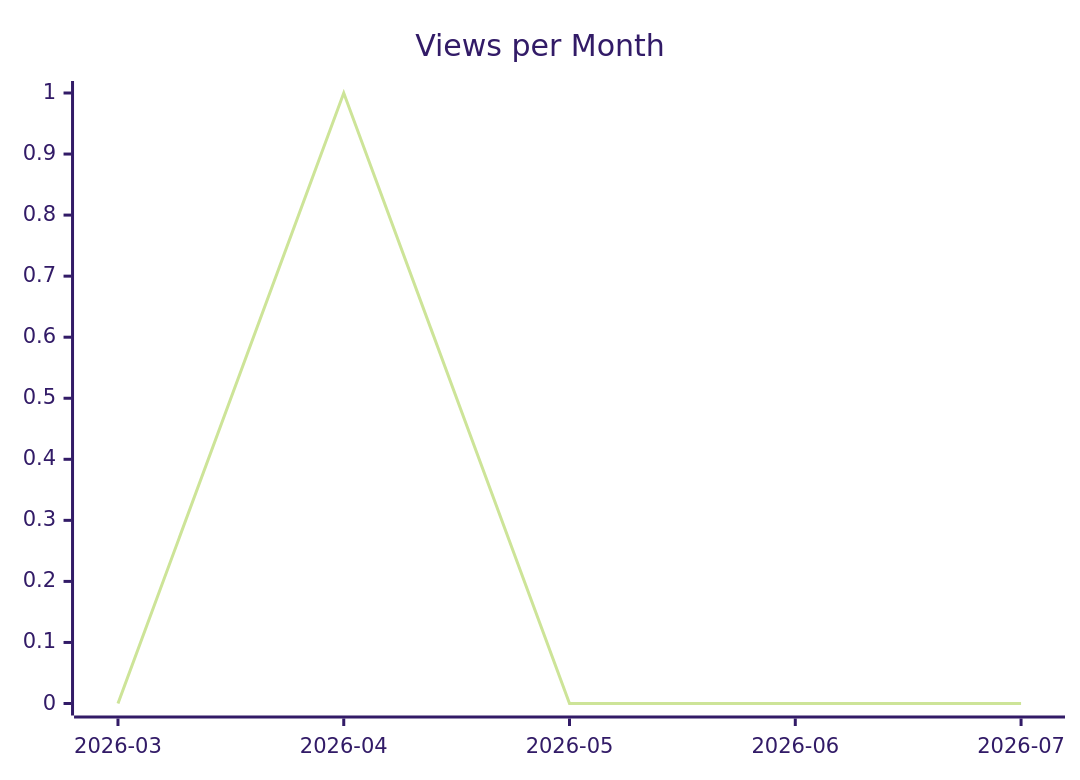
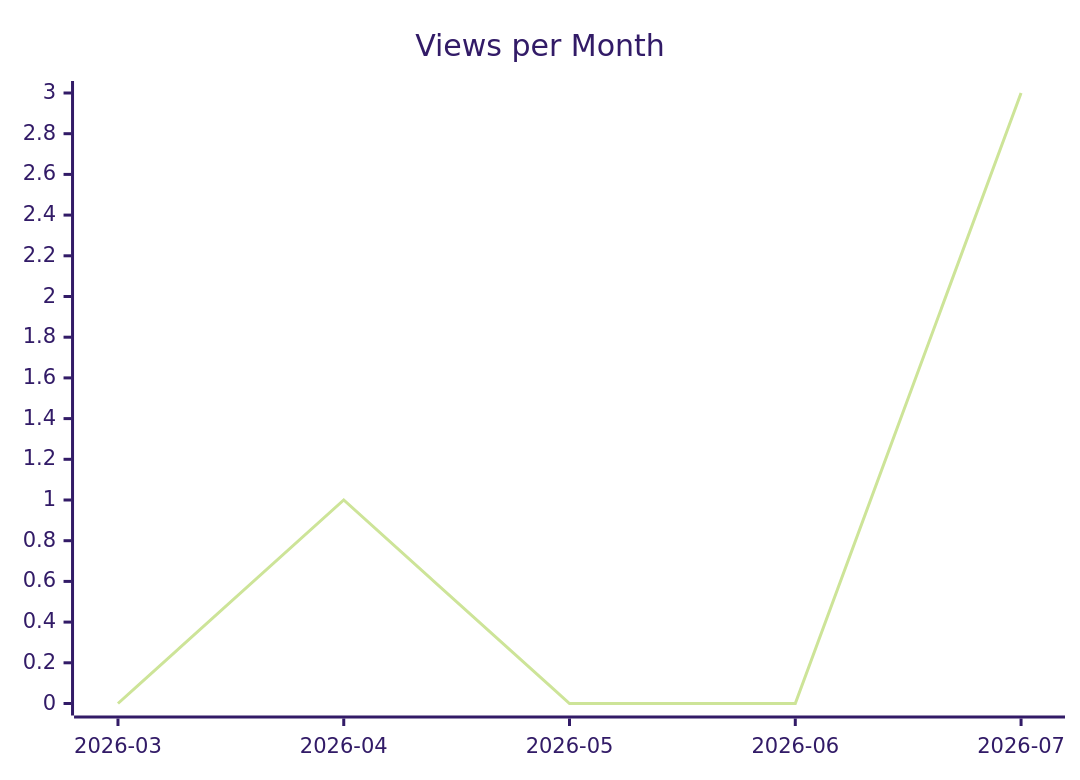
The second of 3 diagrams in justdavis-family/github-analytics-data/README.md (justdavis-family/github-analytics-data), drawn with Mermaid (forest theme) before and after one commit. The commit also changed other lines of this file and 182 other files, not shown here.

````diff
--- a/justdavis-family/github-analytics-data/README.md
+++ b/justdavis-family/github-analytics-data/README.md
@@ -12,6 +12,6 @@
 ```mermaid
 xychart-beta
   title "Views per Month"
   x-axis ["2026-03", "2026-04", "2026-05", "2026-06", "2026-07"]
-  line [0, 1, 0, 0, 0]
+  line [0, 1, 0, 0, 3]
 ```
````
